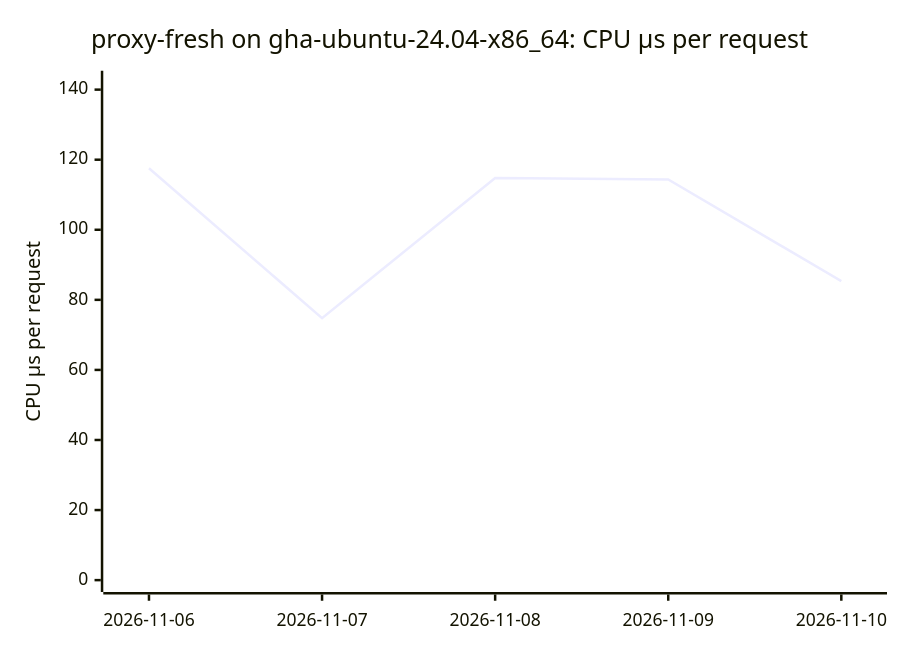
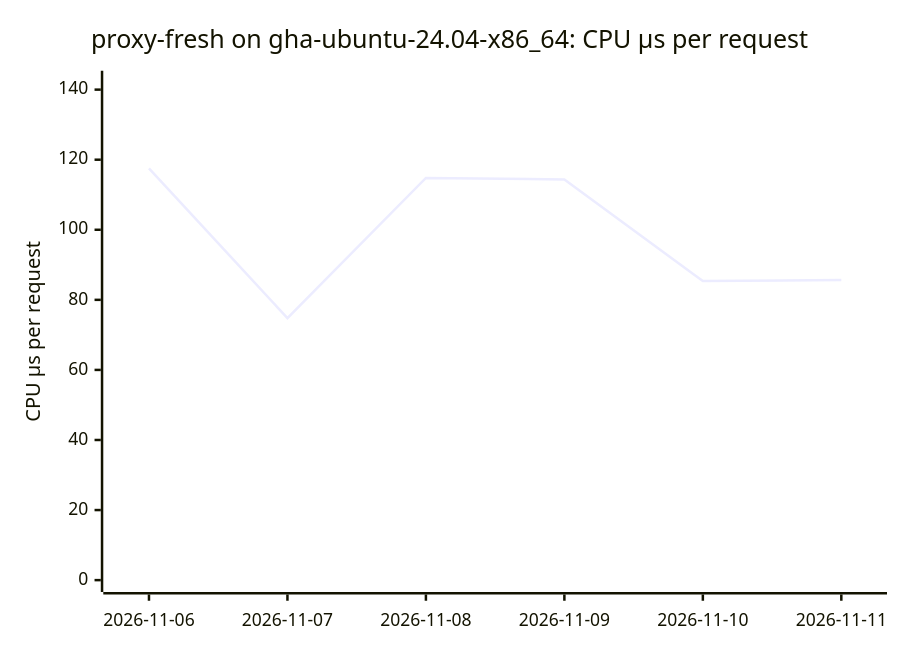
The fifth of 18 diagrams in BENCHMARKS.md (ThePixelPilgrim/durchlauferhitzer), drawn with Mermaid before and after one commit. The commit also changed other lines of this file and 1 other file, not shown here.

````diff
--- a/BENCHMARKS.md
+++ b/BENCHMARKS.md
@@ -66,7 +66,7 @@
 ```mermaid
 xychart-beta
   title "proxy-fresh on gha-ubuntu-24.04-x86_64: CPU µs per request"
-  x-axis ["2026-11-06", "2026-11-07", "2026-11-08", "2026-11-09", "2026-11-10"]
+  x-axis ["2026-11-06", "2026-11-07", "2026-11-08", "2026-11-09", "2026-11-10", "2026-11-11"]
   y-axis "CPU µs per request" 0 --> 142
-  line [117.55, 74.78, 114.80, 114.37, 85.35]
+  line [117.55, 74.78, 114.80, 114.37, 85.35, 85.68]
 ```
````
